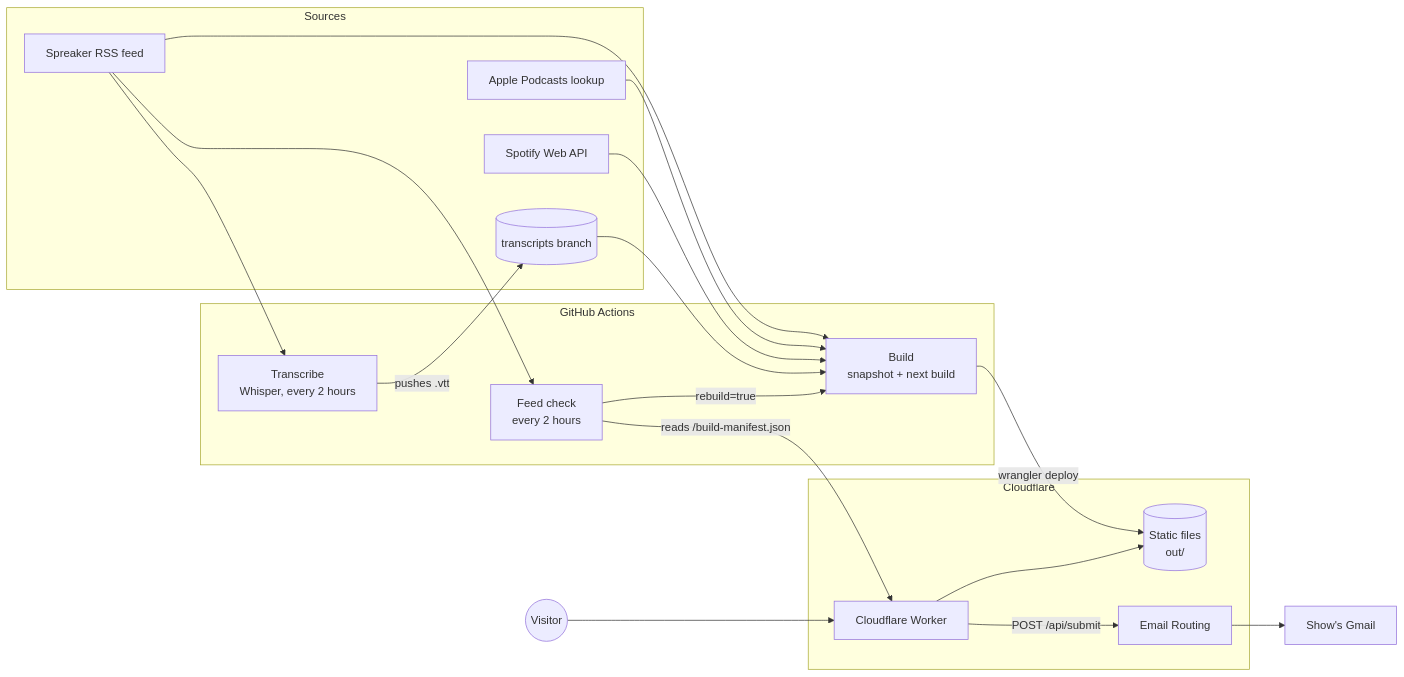
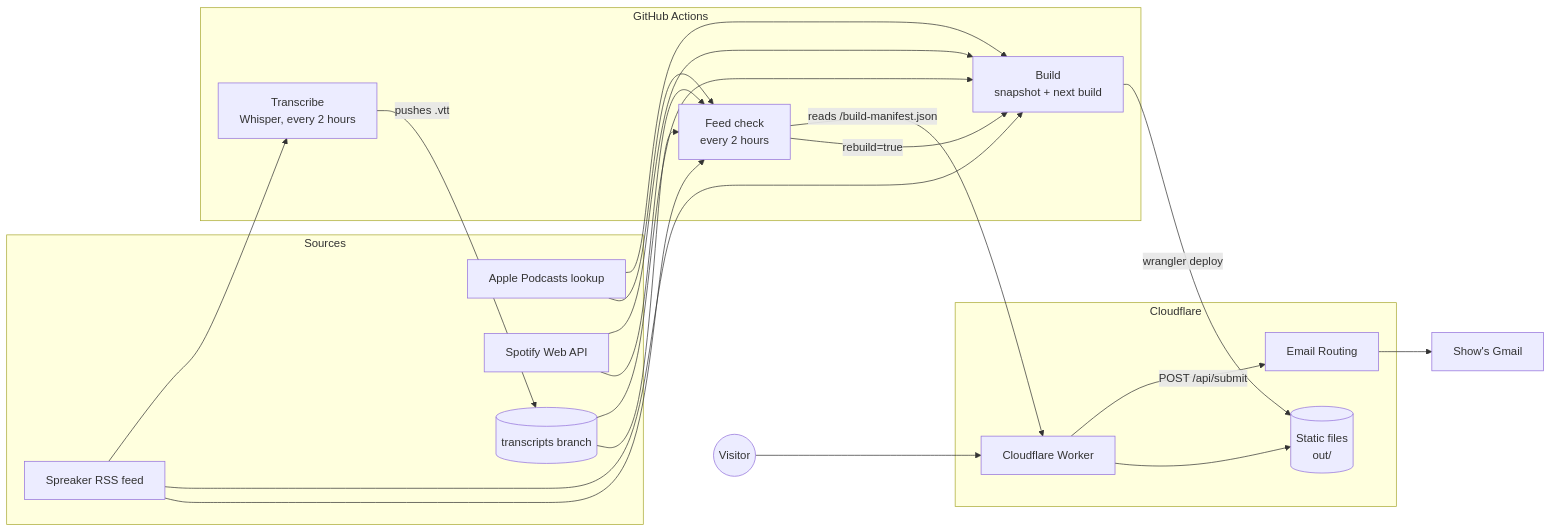
The first of 2 diagrams in docs/architecture.md (mbelmear/jesters-privilege), drawn with Mermaid before and after one commit. The commit also changed other lines of this file and 4 other files, not shown here.

````diff
--- a/docs/architecture.md
+++ b/docs/architecture.md
@@ -9,36 +9,39 @@
 ```mermaid
 flowchart LR
   subgraph Sources
     Spreaker[Spreaker RSS feed]
     Apple[Apple Podcasts lookup]
     Spotify[Spotify Web API]
     TB[(transcripts branch)]
   end
 
   subgraph GitHub Actions
     Check[Feed check<br/>every 2 hours]
     Build[Build<br/>snapshot + next build]
     Transcribe[Transcribe<br/>Whisper, every 2 hours]
   end
 
   subgraph Cloudflare
     Worker[Cloudflare Worker]
     Assets[(Static files<br/>out/)]
     Email[Email Routing]
   end
 
   Spreaker --> Check
+  Apple --> Check
+  Spotify --> Check
+  TB --> Check
   Spreaker --> Build
   Spreaker --> Transcribe
   Apple --> Build
   Spotify --> Build
   TB --> Build
   Transcribe -->|pushes .vtt| TB
   Check -->|rebuild=true| Build
   Check -->|reads /build-manifest.json| Worker
   Build -->|wrangler deploy| Assets
   Visitor((Visitor)) --> Worker
   Worker --> Assets
   Worker -->|POST /api/submit| Email
   Email --> Gmail[Show's Gmail]
 ```
````
